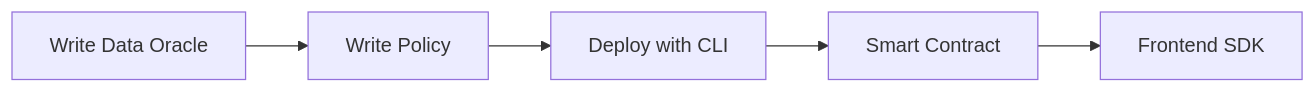
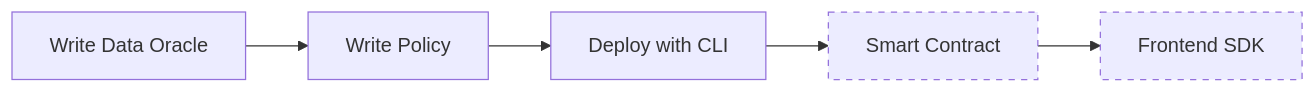
Before and after one commit to newt-foundation/newton-sdk: the diagram in site/developers/guides/integration-guide.mdx, drawn with Mermaid. The commit also changed other lines of this file and 4 other files, not shown here.

````diff
--- a/site/developers/guides/integration-guide.mdx
+++ b/site/developers/guides/integration-guide.mdx
@@ -12,7 +21,10 @@
 ```mermaid
 flowchart LR
     A[Write Data Oracle] --> B[Write Policy]
     B --> C[Deploy with CLI]
     C --> D[Smart Contract]
     D --> E[Frontend SDK]
+
+    style D stroke-dasharray: 5 5
+    style E stroke-dasharray: 5 5
 ```
````
